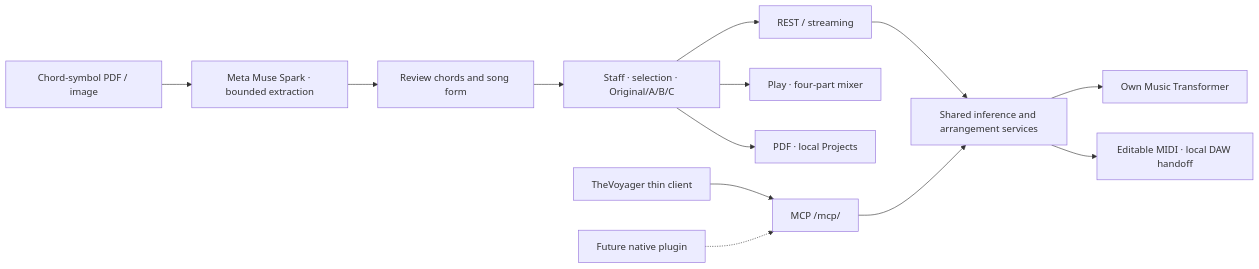
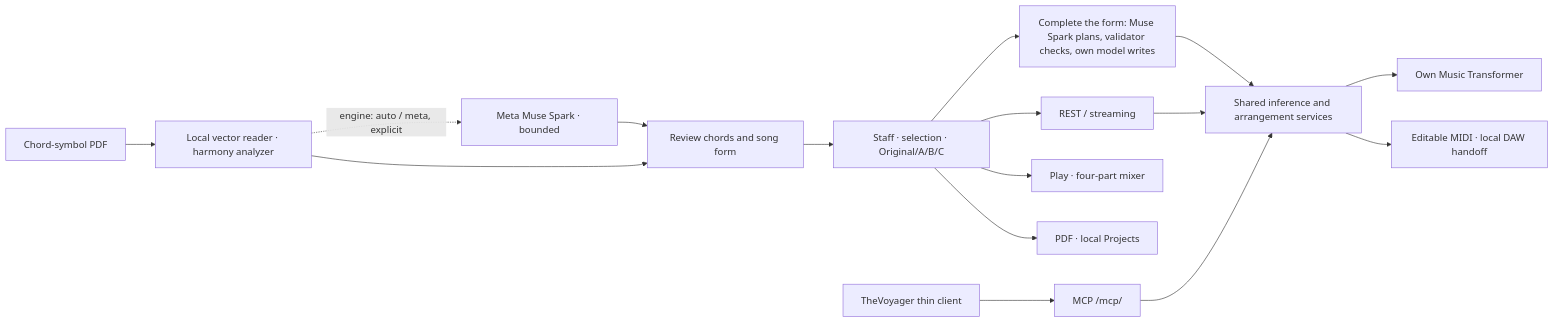
One commit to PearlLeeStudio/TheArtist-DAW changed the first of 4 diagrams in README.md. Above: the diagram before and after it, drawn with Mermaid. The commit also changed other lines of this file and 5 other files, not shown here.

First line of the commit message:
docs(docs): document the Meta switch, the planner and today's fixes

````diff
--- a/README.md
+++ b/README.md
@@ -210,15 +232,18 @@
 ```mermaid
 flowchart LR
-  Score["Chord-symbol PDF / image"] --> Meta["Meta Muse Spark · bounded extraction"]
-  Meta --> Review["Review chords and song form"]
+  Score["Chord-symbol PDF"] --> Local["Local vector reader · harmony analyzer"]
+  Local -. "engine: auto / meta, explicit" .-> Meta["Meta Muse Spark · bounded"]
+  Local --> Review["Review chords and song form"]
+  Meta --> Review
   Review --> Editor["Staff · selection · Original/A/B/C"]
+  Editor --> Planner["Complete the form: Muse Spark plans, validator checks, own model writes"]
   Editor --> Rest["REST / streaming"]
   Voyager["TheVoyager thin client"] --> MCP["MCP /mcp/"]
-  Plugin["Future native plugin"] -.-> MCP
   Rest --> Music["Shared inference and arrangement services"]
   MCP --> Music
+  Planner --> Music
   Music --> MT["Own Music Transformer"]
   Music --> MIDI["Editable MIDI · local DAW handoff"]
   Editor --> Play["Play · four-part mixer"]
   Editor --> Files["PDF · local Projects"]
 ```
````
